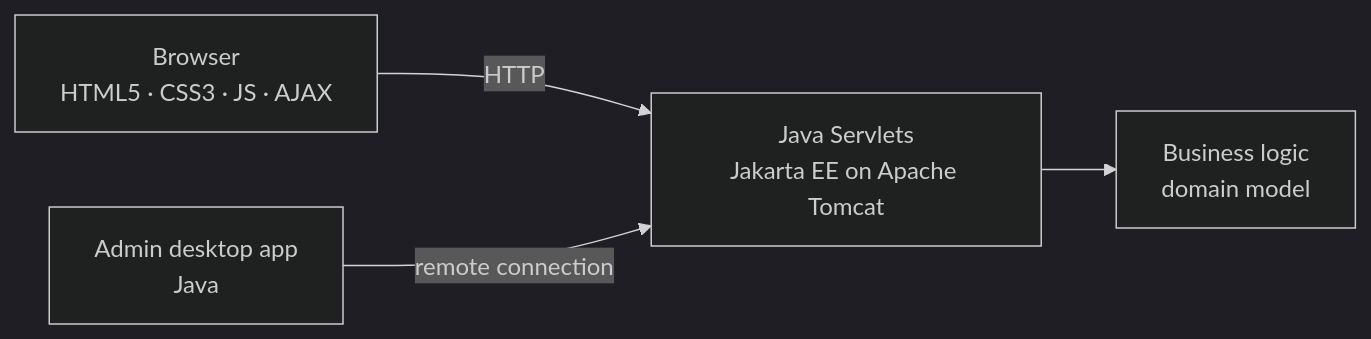
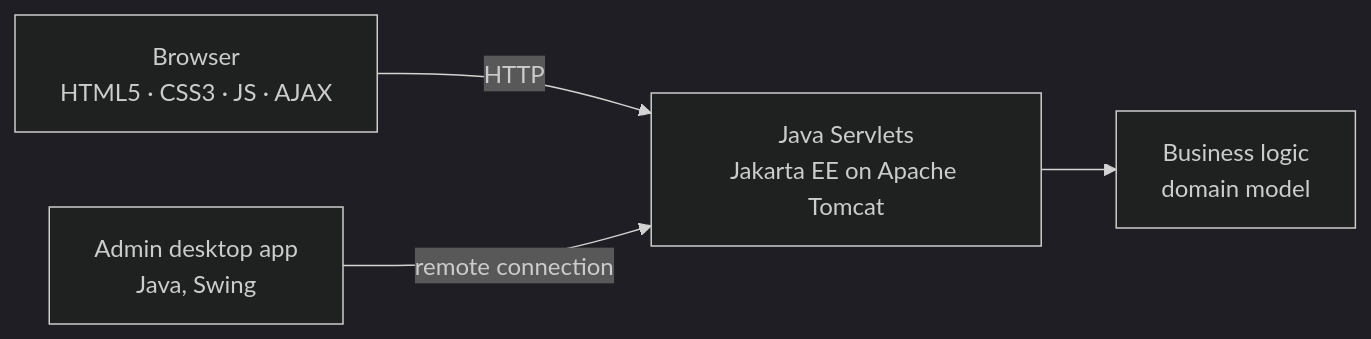
One commit to tiagocalero/events-app changed the diagram in README.md. Above: the diagram before and after it, drawn with Mermaid (dark theme). The commit also changed other lines of this file and 3 other files, not shown here.

````diff
--- a/README.md
+++ b/README.md
@@ -19,6 +20,6 @@
 ```mermaid
 flowchart LR
     B[Browser<br/>HTML5 · CSS3 · JS · AJAX] -->|HTTP| S[Java Servlets<br/>Jakarta EE on Apache Tomcat]
     S --> L[Business logic<br/>domain model]
-    A[Admin desktop app<br/>Java] -->|remote connection| S
+    A[Admin desktop app<br/>Java, Swing] -->|remote connection| S
 ```
````
